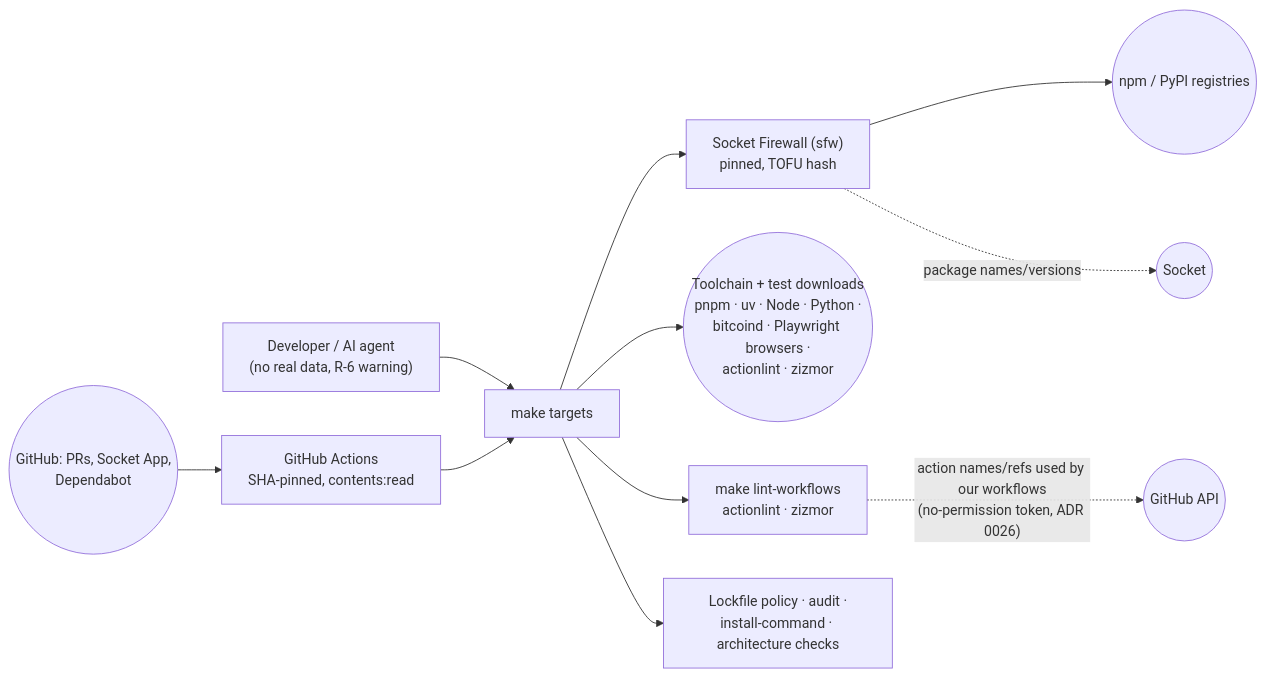
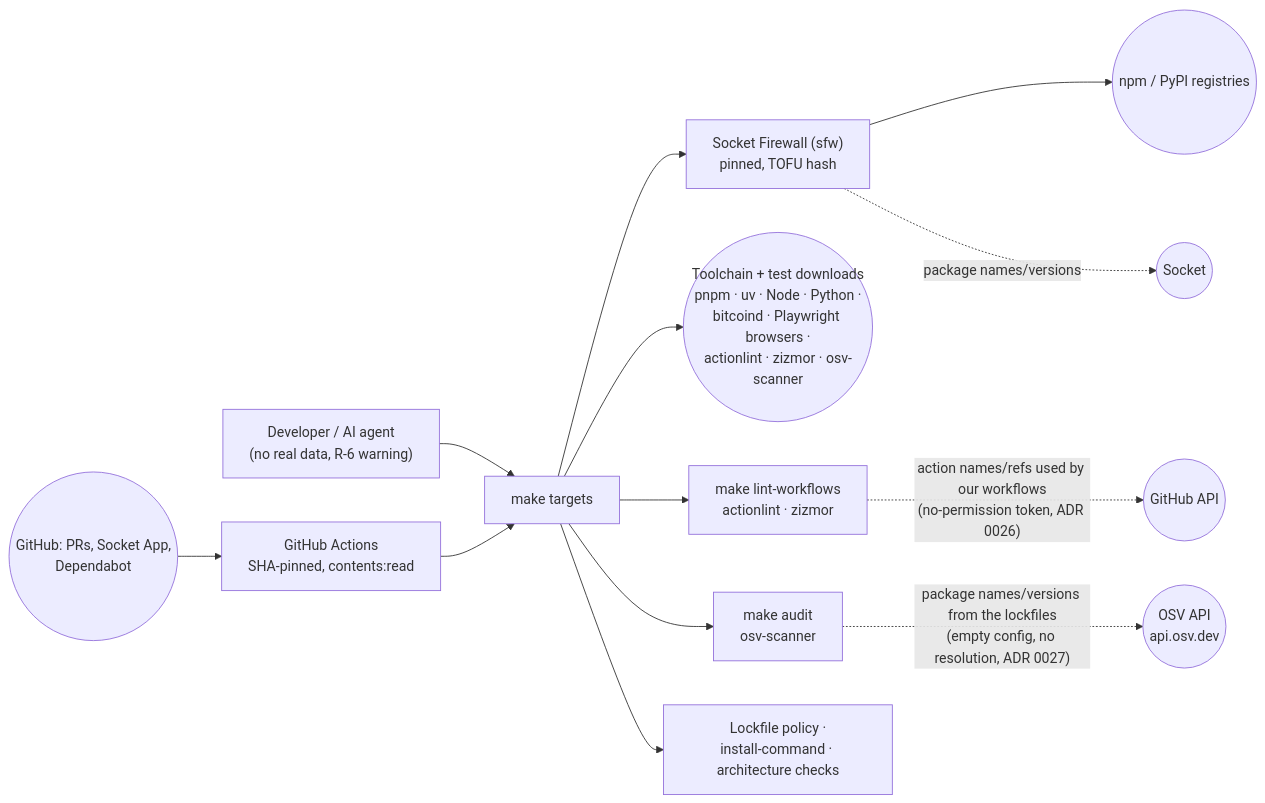
One commit to kristovatlas/coin-accounting changed the ninth of 9 diagrams in docs/architecture.md. Above: the diagram before and after it, drawn with Mermaid. The commit also changed other lines of this file and 11 other files, not shown here.

````diff
--- a/docs/architecture.md
+++ b/docs/architecture.md
@@ -371,13 +371,15 @@
 ```mermaid
 flowchart LR
   DEV["Developer / AI agent<br/>(no real data, R-6 warning)"] --> MK["make targets"]
   CI["GitHub Actions<br/>SHA-pinned, contents:read"] --> MK
   MK --> SFW["Socket Firewall (sfw)<br/>pinned, TOFU hash"]
   SFW --> REG(("npm / PyPI registries"))
   SFW -. "package names/versions" .-> SOCK(("Socket"))
-  MK --> TOOLS(("Toolchain + test downloads<br/>pnpm · uv · Node · Python ·<br/>bitcoind · Playwright browsers ·<br/>actionlint · zizmor"))
+  MK --> TOOLS(("Toolchain + test downloads<br/>pnpm · uv · Node · Python ·<br/>bitcoind · Playwright browsers ·<br/>actionlint · zizmor · osv-scanner"))
   MK --> LINT["make lint-workflows<br/>actionlint · zizmor"]
   LINT -. "action names/refs used by our workflows<br/>(no-permission token, ADR 0026)" .-> GHAPI(("GitHub API"))
-  MK --> CHK["Lockfile policy · audit ·<br/>install-command · architecture checks"]
+  MK --> AUD["make audit<br/>osv-scanner"]
+  AUD -. "package names/versions from the lockfiles<br/>(empty config, no resolution, ADR 0027)" .-> OSV(("OSV API<br/>api.osv.dev"))
+  MK --> CHK["Lockfile policy ·<br/>install-command · architecture checks"]
   GH(("GitHub: PRs, Socket App,<br/>Dependabot")) --> CI
 ```
````
